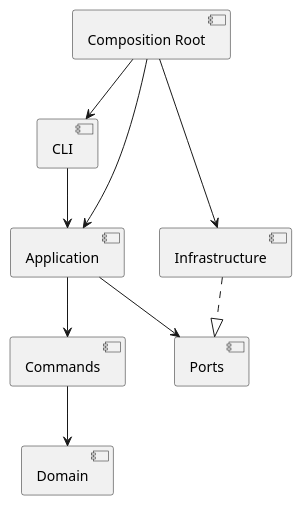
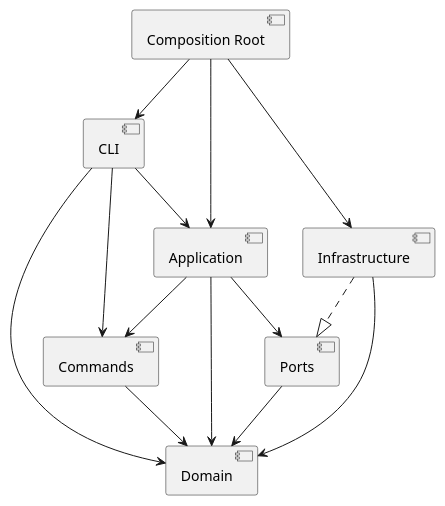
The diagram in doc/README.md (Forst25571765/Lab1-SVG), drawn with PlantUML before and after one commit. The commit also changed other lines of this file and 35 other files, not shown here.

````diff
--- a/doc/README.md
+++ b/doc/README.md
@@ -99,12 +109,17 @@
 ```plantuml
 @startuml
 [CLI] --> [Application]
+[CLI] --> [Commands]
+[CLI] --> [Domain]
 [Application] --> [Commands]
+[Application] --> [Domain]
 [Commands] --> [Domain]
 [Application] --> [Ports]
+[Ports] --> [Domain]
 [Infrastructure] ..|> [Ports]
+[Infrastructure] --> [Domain]
 [Composition Root] --> [CLI]
 [Composition Root] --> [Application]
 [Composition Root] --> [Infrastructure]
 @enduml
 ```
````
